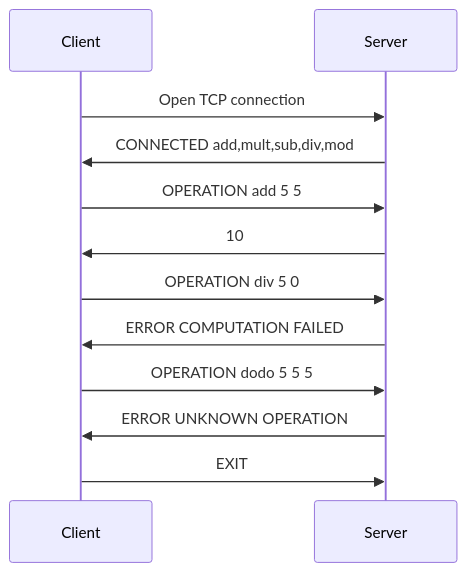
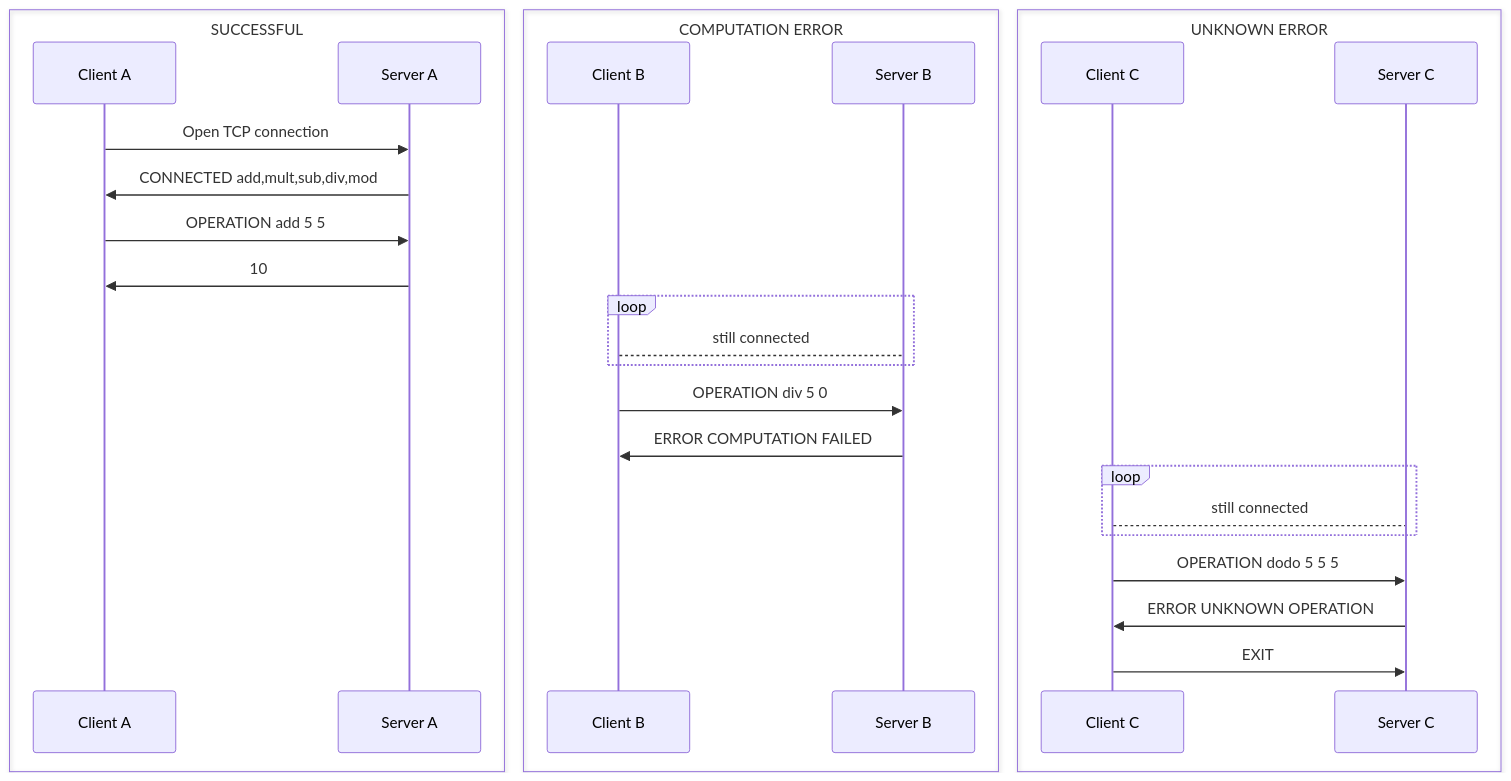
Before and after one commit to HEIGVD-Course-DAI/dai-lab-protocoldesign: the diagram in specs/Vicky_Valentino/protocol.md, drawn with Mermaid.

````diff
--- a/specs/Vicky_Valentino/protocol.md
+++ b/specs/Vicky_Valentino/protocol.md
@@ -23,15 +23,32 @@
 ```mermaid
 sequenceDiagram
-Client ->> Server: Open TCP connection
-Server ->> Client: CONNECTED add,mult,sub,div,mod
-Client ->> Server: OPERATION add 5 5
-Server ->> Client: 10
+box SUCCESSFUL
+participant Client A
+participant Server A
+end
+box COMPUTATION ERROR
+participant Client B
+participant Server B
+end
+box UNKNOWN ERROR
+participant Client C
+participant Server C
+end
 
-Client ->> Server: OPERATION div 5 0
-Server ->> Client: ERROR COMPUTATION FAILED
-    
-Client ->> Server: OPERATION dodo 5 5 5
-Server ->> Client: ERROR UNKNOWN OPERATION
+Client A ->> Server A: Open TCP connection
+Server A ->> Client A: CONNECTED add,mult,sub,div,mod
+Client A ->> Server A: OPERATION add 5 5
+Server A ->> Client A: 10
+loop 
+   Client B-->Server B: still connected
+end
+Client B ->> Server B: OPERATION div 5 0
+Server B ->> Client B: ERROR COMPUTATION FAILED
+loop 
+   Client C-->Server C: still connected
+end
+Client C ->> Server C: OPERATION dodo 5 5 5
+Server C ->> Client C: ERROR UNKNOWN OPERATION
 
-Client ->> Server: EXIT
+Client C ->> Server C: EXIT
 ```
````
